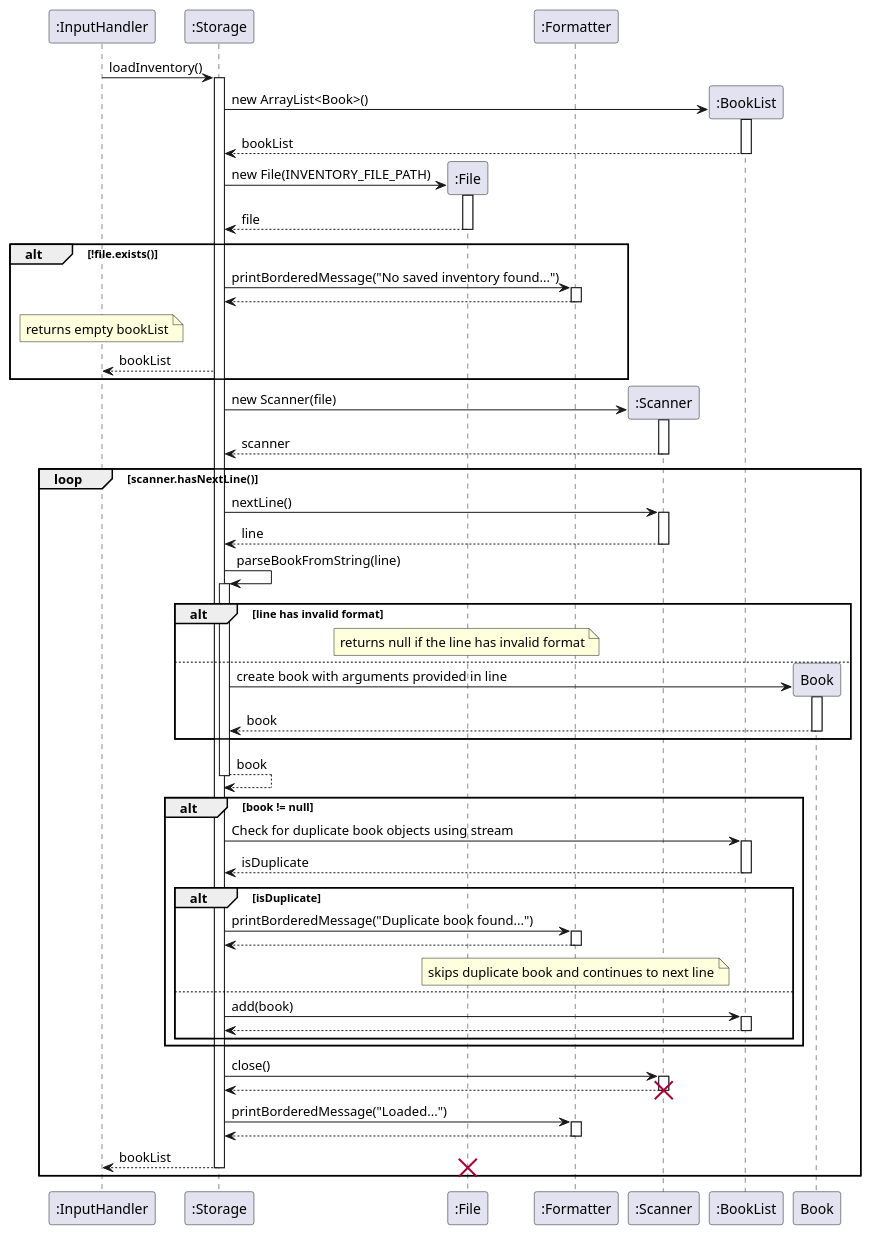
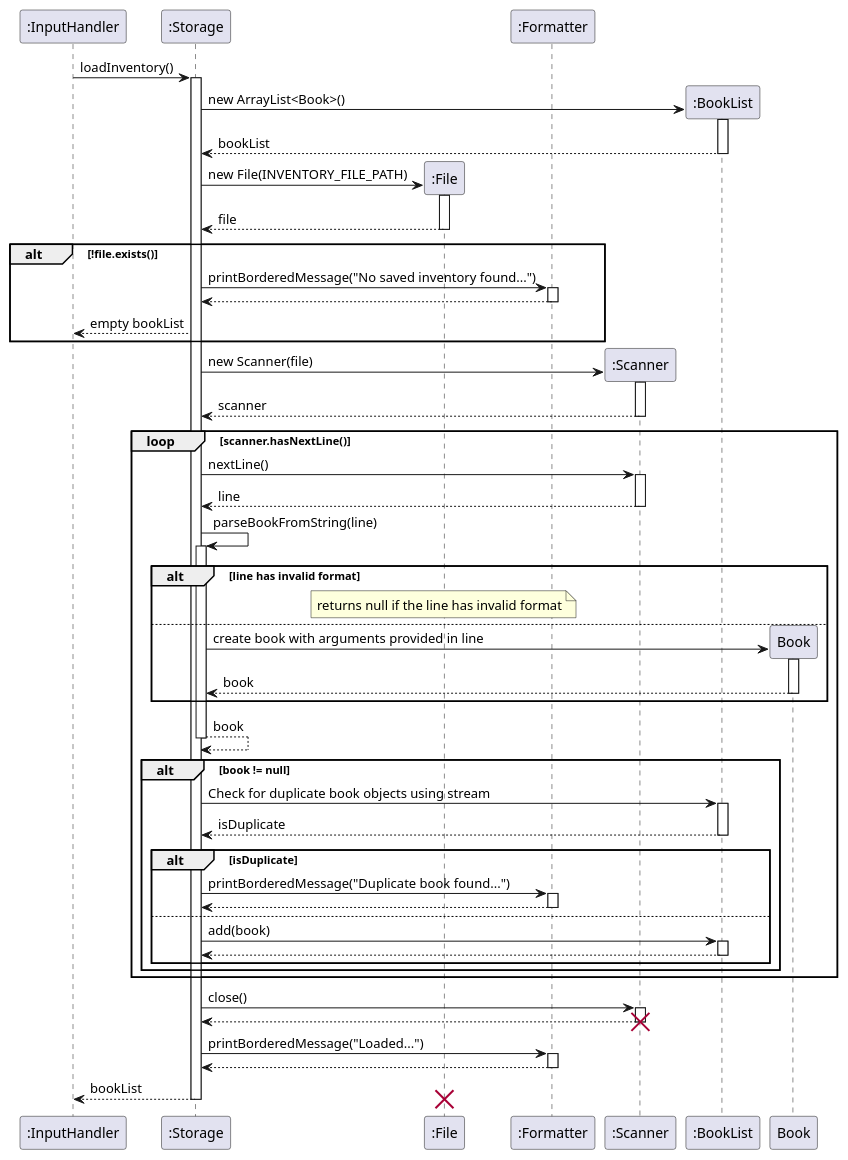
One commit to AY2425S2-CS2113-T12-2/tp changed the diagram in docs/diagrams/loadInventory.puml. Above: the diagram before and after it, drawn with PlantUML. The commit also changed 2 other files, not shown here.

Commit message:
Fix loadInventory sequence diagram and explanation

```diff
--- a/docs/diagrams/loadInventory.puml
+++ b/docs/diagrams/loadInventory.puml
@@ -1,113 +1,107 @@
 @startuml
 participant InputHandler as ":InputHandler"
 participant Storage as ":Storage"
 participant File as ":File"
 participant Formatter as ":Formatter"
 participant Scanner as ":Scanner"
 
 
 InputHandler -> Storage: loadInventory()
 activate Storage
 
 ' Create a new empty bookList
 create BookList as ":BookList"
 Storage -> BookList: new ArrayList<Book>()
 activate BookList
 BookList --> Storage: bookList
 deactivate BookList
 
 ' Create File object for INVENTORY_FILE_PATH
 Create File
 Storage -> File: new File(INVENTORY_FILE_PATH)
 activate File
 File --> Storage: file
 deactivate File
 
 alt !file.exists()
     Storage -> Formatter: printBorderedMessage("No saved inventory found...")
     activate Formatter
 
     Formatter --> Storage
     deactivate Formatter
-    note over InputHandler
-    returns empty bookList
-    end note
     
-    Storage --> InputHandler: bookList
+    Storage --> InputHandler: empty bookList
     end
     ' Open the file using a Scanner
     create Scanner
     Storage -> Scanner: new Scanner(file)
     activate Scanner
     Scanner --> Storage: scanner
     deactivate Scanner
 
     loop scanner.hasNextLine()
         Storage -> Scanner: nextLine()
         activate Scanner
 
         Scanner --> Storage: line
         deactivate Scanner
 
         Storage -> Storage: parseBookFromString(line)
         activate Storage
         alt line has invalid format
-        note over File
-        returns null if the line has invalid format
-        end note
+            note over File
+            returns null if the line has invalid format
+            end note
         else 
             create Book
             Storage -> Book: create book with arguments provided in line
             activate Book
             Book --> Storage: book
             deactivate Book
         end
         Storage --> Storage: book
         deactivate Storage
 
         alt book != null
             ' Check for duplicate book
             Storage -> BookList: Check for duplicate book objects using stream
             activate BookList
             BookList --> Storage: isDuplicate
             deactivate BookList
             alt isDuplicate
                 ' Book already exists, skip adding it
                 Storage -> Formatter: printBorderedMessage("Duplicate book found...")
                 activate Formatter
                 Formatter --> Storage
                 deactivate Formatter
-                note over Formatter
-                skips duplicate book and continues to next line
-            end note
                 
             else
                 ' Add book to bookList
                 Storage -> BookList: add(book)
                 activate BookList
                 BookList --> Storage
                 deactivate BookList
             end 
-        
+        end
     end
+
+    
 
     Storage -> Scanner: close()
     activate Scanner
     Scanner --> Storage
     deactivate Scanner
     destroy Scanner
     ' Print message with number of books loaded
     Storage -> Formatter: printBorderedMessage("Loaded...")
     activate Formatter
     Formatter --> Storage
     deactivate Formatter
     
 
     Storage --> InputHandler: bookList
     destroy File
     deactivate Storage
-end
-
 
 deactivate Storage
 @enduml
```
